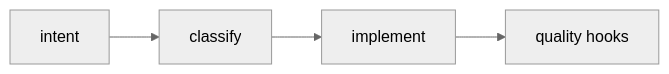
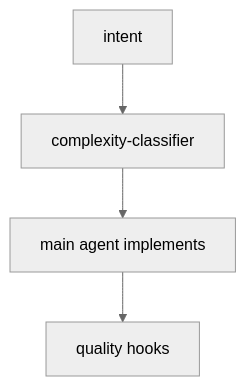
The first of 4 diagrams in README.md (alp82/alp-river), drawn with Mermaid (neutral theme) before and after one commit. The commit also changed other lines of this file, not shown here.

Commit message:
diagrams

````diff
--- a/README.md
+++ b/README.md
@@ -21,4 +21,6 @@
 ```mermaid
-flowchart LR
-    intent --> classify --> implement --> hooks[quality hooks]
+flowchart TB
+    intent --> classify[complexity-classifier]
+    classify --> impl[main agent implements]
+    impl --> hooks[quality hooks]
 ```
````
